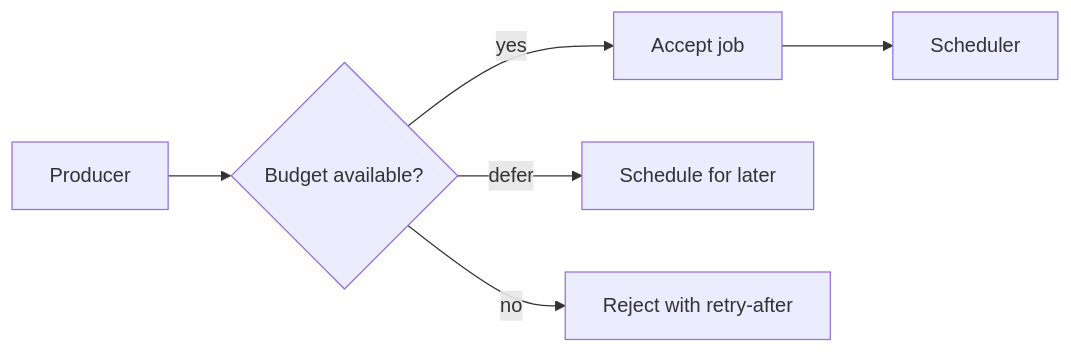
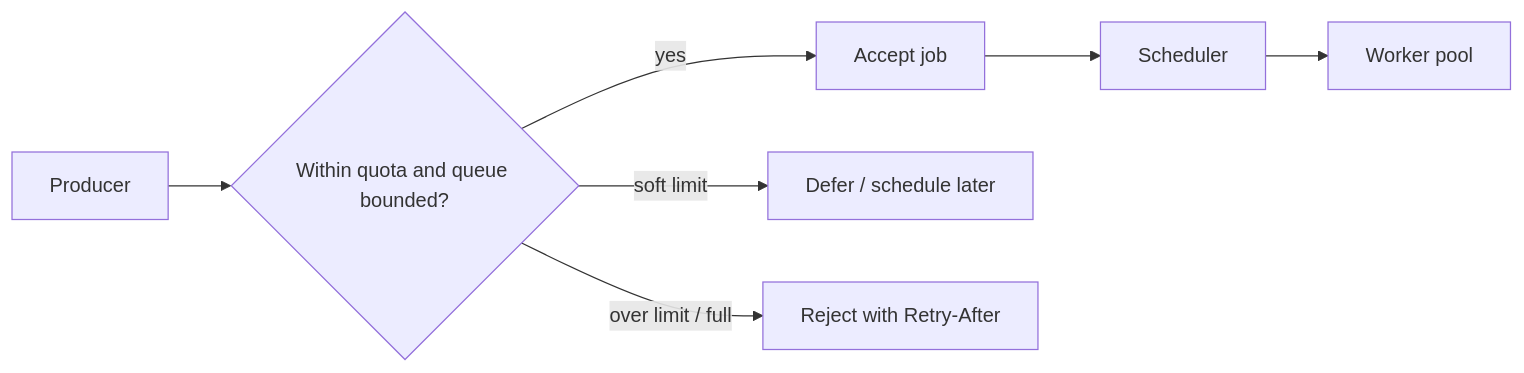
Before and after one commit to binarydevelop/system-design-patterns: the diagram in 18-workflow-job-systems/07-priority-fairness-backpressure.md, drawn with Mermaid. The commit also changed other lines of this file and 8 other files, not shown here.

````diff
--- a/18-workflow-job-systems/07-priority-fairness-backpressure.md
+++ b/18-workflow-job-systems/07-priority-fairness-backpressure.md
@@ -77,8 +63,9 @@
 ```mermaid
 flowchart LR
-    P["Producer"] --> A{"Budget available?"}
-    A -->|yes| Q["Accept job"]
-    A -->|defer| D["Schedule for later"]
-    A -->|no| R["Reject with retry-after"]
+    P["Producer"] --> A{"Within quota and queue bounded?"}
+    A -->|"yes"| Q["Accept job"]
+    A -->|"soft limit"| D["Defer / schedule later"]
+    A -->|"over limit / full"| R["Reject with Retry-After"]
     Q --> S["Scheduler"]
+    S --> W["Worker pool"]
 ```
````
